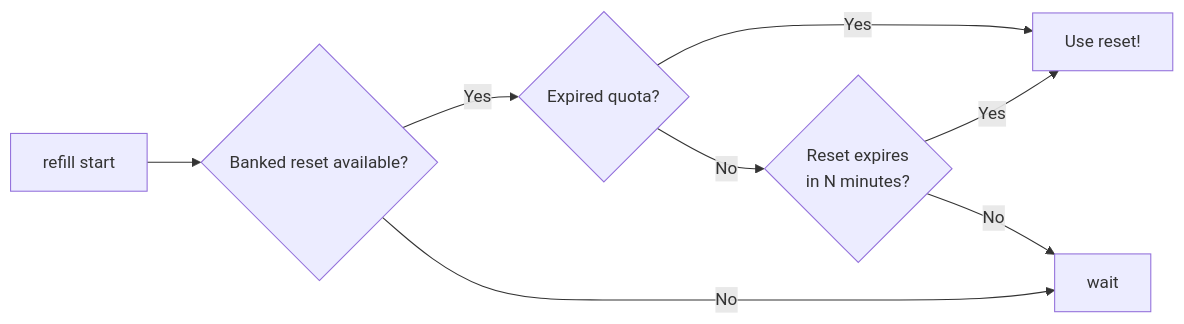
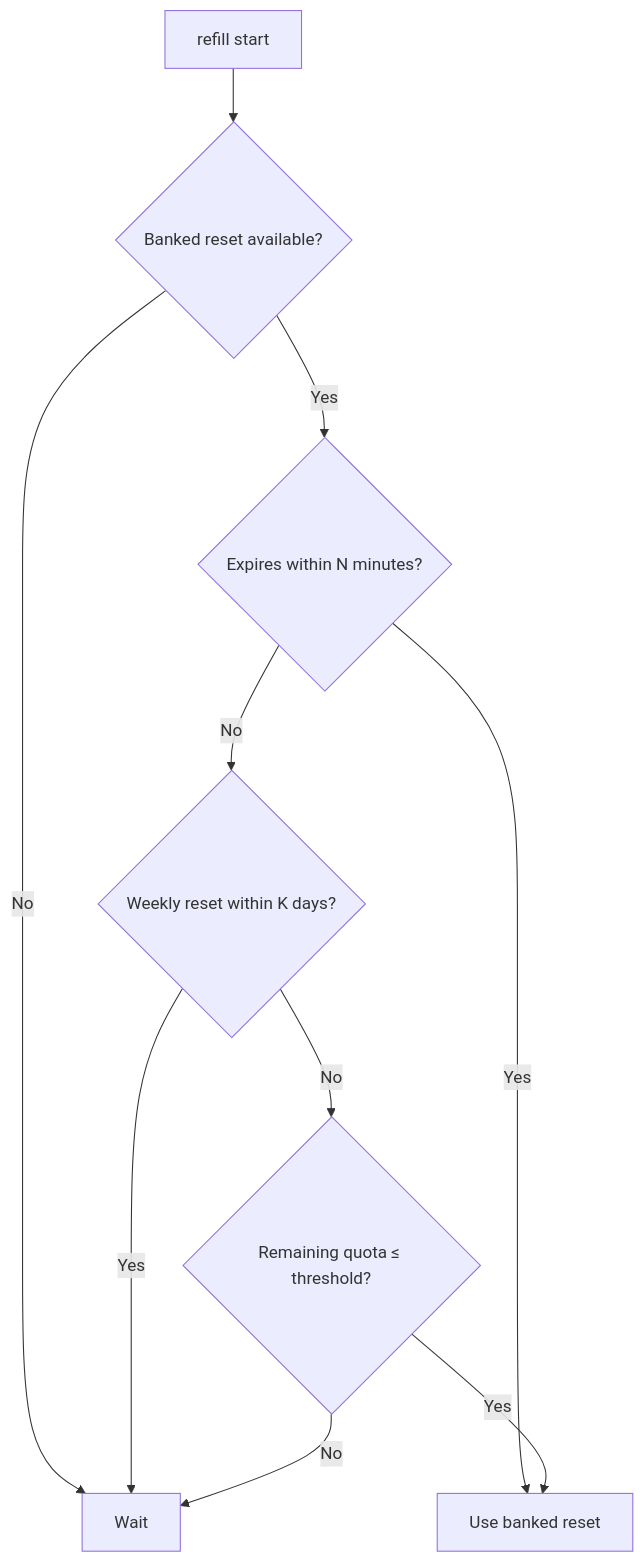
The diagram in README.md (owanesh/refill), drawn with Mermaid before and after one commit. The commit also changed other lines of this file and 6 other files, not shown here.

Commit message:
feat: add quota and weekly reset thresholds

````diff
--- a/README.md
+++ b/README.md
@@ -94,9 +98,12 @@
 ```mermaid
-flowchart LR
+flowchart TD
     A[refill start] --> B{Banked reset available?}
-    B -- Yes --> C{Expired quota?}
-    C -- Yes --> R[Use reset!]
-    C -- No --> D{Reset expires<br/>in N minutes?}
-    D -- Yes --> R
-    B & D -- No --> W[wait]
+    B -- No --> W[Wait]
+    B -- Yes --> C{Expires within N minutes?}
+    C -- Yes --> R[Use banked reset]
+    C -- No --> D{Weekly reset within K days?}
+    D -- Yes --> W
+    D -- No --> E{Remaining quota ≤ threshold?}
+    E -- Yes --> R
+    E -- No --> W
 ```
````
